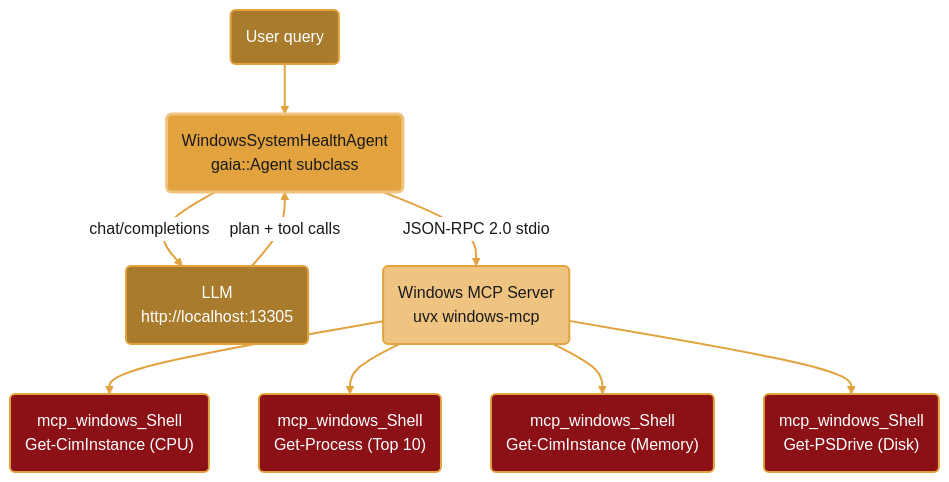
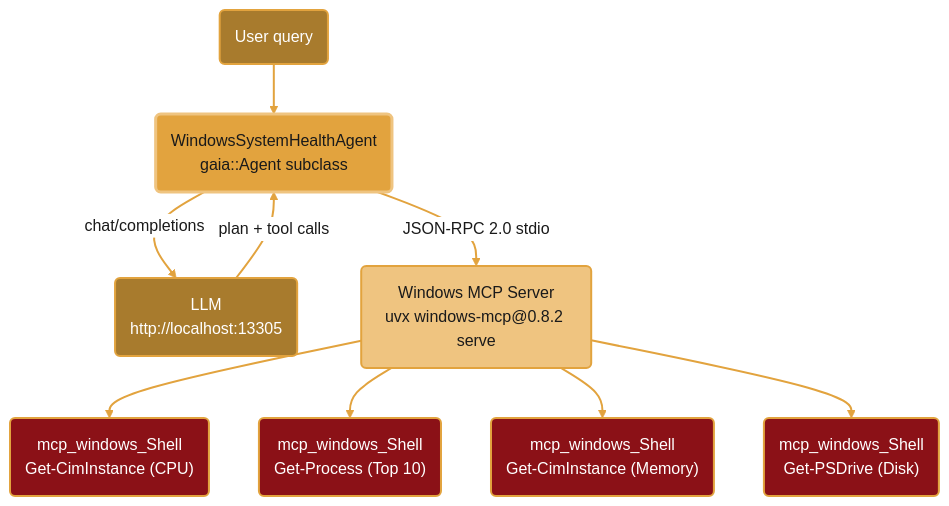
The diagram in docs/cpp/health-agent.mdx (amd/gaia), drawn with Mermaid before and after one commit. The commit also changed other lines of this file and 83 other files, not shown here.

````diff
--- a/docs/cpp/health-agent.mdx
+++ b/docs/cpp/health-agent.mdx
@@ -109,29 +109,29 @@
 ```mermaid
 %%{init: {'theme':'base', 'themeVariables': { 'primaryColor':'#E2A33E', 'primaryTextColor':'#1a1a1a', 'primaryBorderColor':'#A87B2D', 'lineColor':'#A87B2D', 'edgeLabelBackground':'#ffffff', 'fontFamily':'system-ui, -apple-system, sans-serif'}, 'flowchart': {'curve': 'basis'}}}%%
 graph TB
     User("User query")
     Agent("WindowsSystemHealthAgent<br/>gaia::Agent subclass")
     LLM("LLM<br/>http://localhost:13305")
-    MCP("Windows MCP Server<br/>uvx windows-mcp")
+    MCP("Windows MCP Server<br/>uvx windows-mcp@0.8.2 serve")
 
     User --> Agent
     Agent -->|"chat/completions"| LLM
     LLM -->|"plan + tool calls"| Agent
     Agent -->|"JSON-RPC 2.0 stdio"| MCP
 
     MCP --> Shell1("mcp_windows_Shell<br/>Get-CimInstance (CPU)")
     MCP --> Shell2("mcp_windows_Shell<br/>Get-Process (Top 10)")
     MCP --> Shell3("mcp_windows_Shell<br/>Get-CimInstance (Memory)")
     MCP --> Shell4("mcp_windows_Shell<br/>Get-PSDrive (Disk)")
 
     style User fill:#A87B2D,stroke:#E2A33E,stroke-width:2px,color:#fff
     style Agent fill:#E2A33E,stroke:#EFC480,stroke-width:3px,color:#1a1a1a
     style LLM fill:#A87B2D,stroke:#E2A33E,stroke-width:2px,color:#fff
     style MCP fill:#EFC480,stroke:#E2A33E,stroke-width:2px,color:#1a1a1a
     style Shell1 fill:#8B1117,stroke:#E2A33E,stroke-width:2px,color:#fff
     style Shell2 fill:#8B1117,stroke:#E2A33E,stroke-width:2px,color:#fff
     style Shell3 fill:#8B1117,stroke:#E2A33E,stroke-width:2px,color:#fff
     style Shell4 fill:#8B1117,stroke:#E2A33E,stroke-width:2px,color:#fff
 
     linkStyle default stroke:#E2A33E,stroke-width:2px
 ```
````
